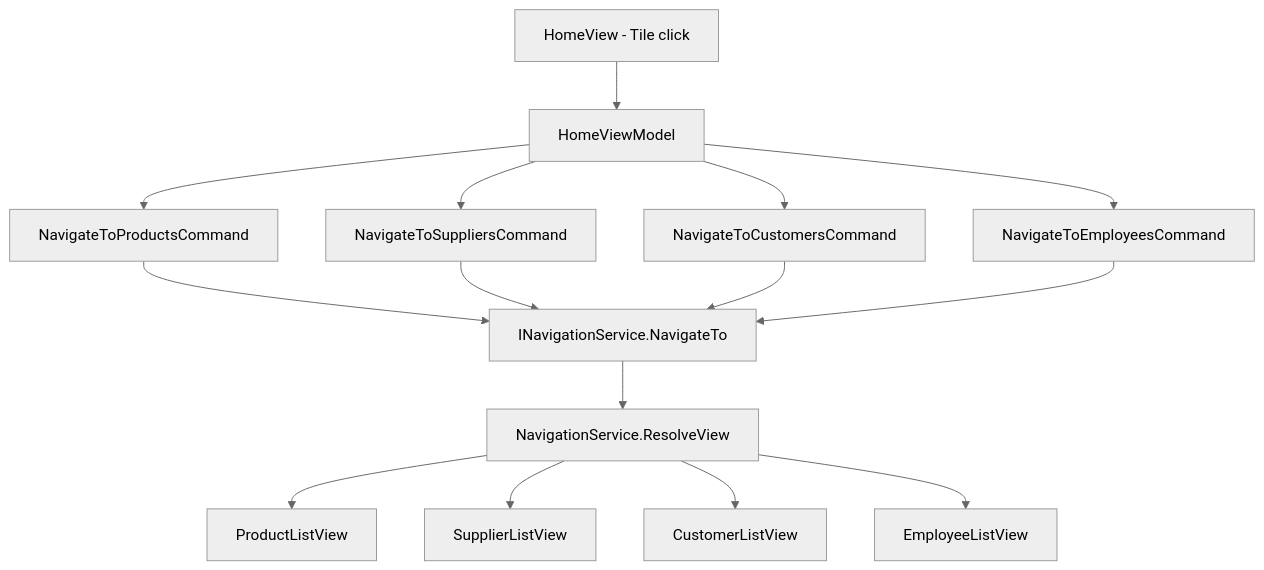
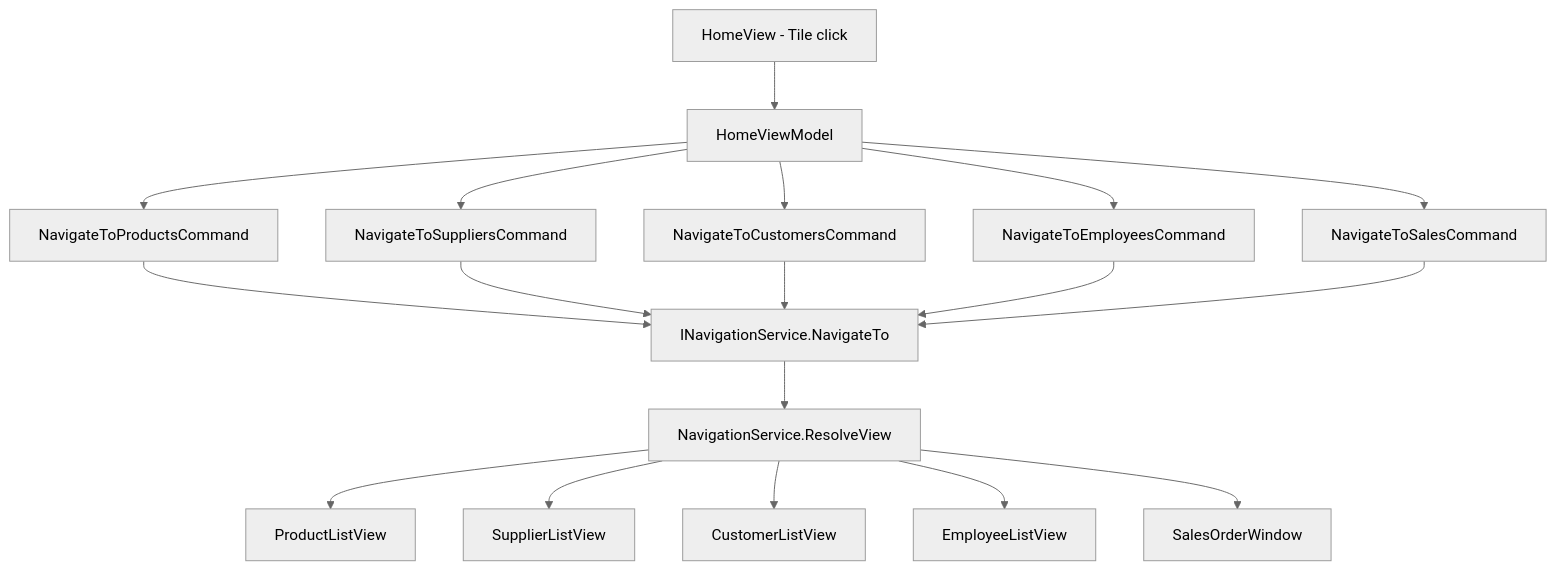
The diagram in src/DesktopLamour/Features/HomePage/Home/docs/home.md (haiphan5289/desktop-lamour), drawn with Mermaid (neutral theme) before and after one commit. The commit also changed other lines of this file and 70 other files, not shown here.

````diff
--- a/src/DesktopLamour/Features/HomePage/Home/docs/home.md
+++ b/src/DesktopLamour/Features/HomePage/Home/docs/home.md
@@ -57,17 +58,20 @@
 ```mermaid
 graph TD
     A[HomeView - Tile click] --> B[HomeViewModel]
     B --> C[NavigateToProductsCommand]
     B --> D[NavigateToSuppliersCommand]
     B --> E[NavigateToCustomersCommand]
     B --> N[NavigateToEmployeesCommand]
+    B --> S[NavigateToSalesCommand]
     C --> F[INavigationService.NavigateTo]
     D --> F
     E --> F
     N --> F
+    S --> F
     F --> G[NavigationService.ResolveView]
     G --> H[ProductListView]
     G --> I[SupplierListView]
     G --> J[CustomerListView]
     G --> K[EmployeeListView]
+    G --> L[SalesOrderWindow]
 ```
````
